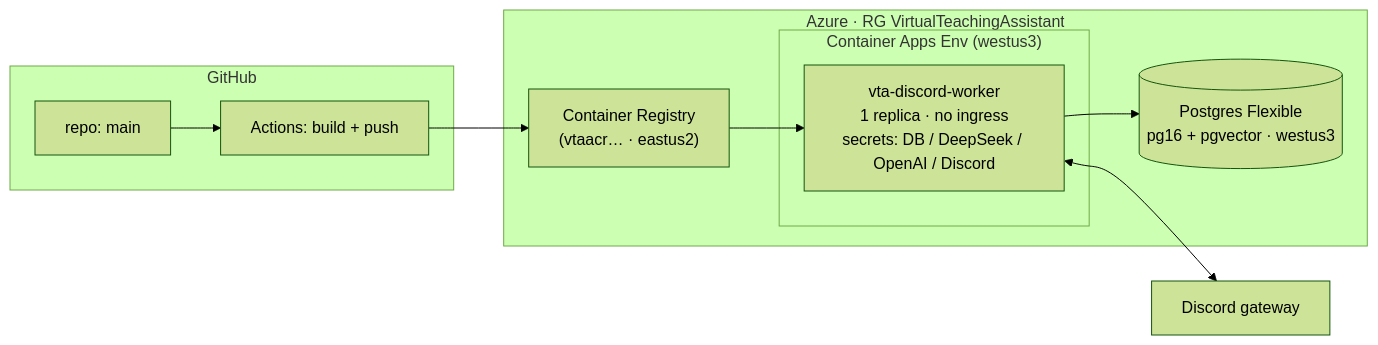
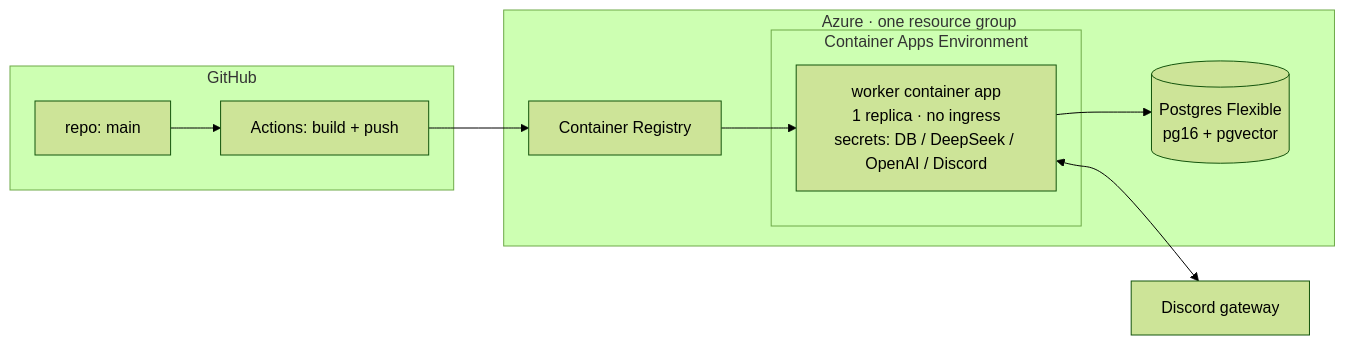
One commit to zeron-G/VirtualTeachingAssistant changed the fourth of 4 diagrams in README.md. Above: the diagram before and after it, drawn with Mermaid (forest theme). The commit also changed other lines of this file and 9 other files, not shown here.

````diff
--- a/README.md
+++ b/README.md
@@ -413,20 +413,20 @@
 ```mermaid
 flowchart LR
   subgraph GH["GitHub"]
     REPO["repo: main"]
     GA["Actions: build + push"]
   end
-  subgraph AZ["Azure · RG VirtualTeachingAssistant"]
-    ACR["Container Registry<br/>(vtaacr… · eastus2)"]
-    subgraph ENV["Container Apps Env (westus3)"]
-      APP["vta-discord-worker<br/>1 replica · no ingress<br/>secrets: DB / DeepSeek / OpenAI / Discord"]
+  subgraph AZ["Azure · one resource group"]
+    ACR["Container Registry"]
+    subgraph ENV["Container Apps Environment"]
+      APP["worker container app<br/>1 replica · no ingress<br/>secrets: DB / DeepSeek / OpenAI / Discord"]
     end
-    PG[("Postgres Flexible<br/>pg16 + pgvector · westus3")]
+    PG[("Postgres Flexible<br/>pg16 + pgvector")]
   end
   DISCORD["Discord gateway"]
 
   REPO --> GA --> ACR
   ACR --> APP
   APP --> PG
   APP <--> DISCORD
 ```
````
